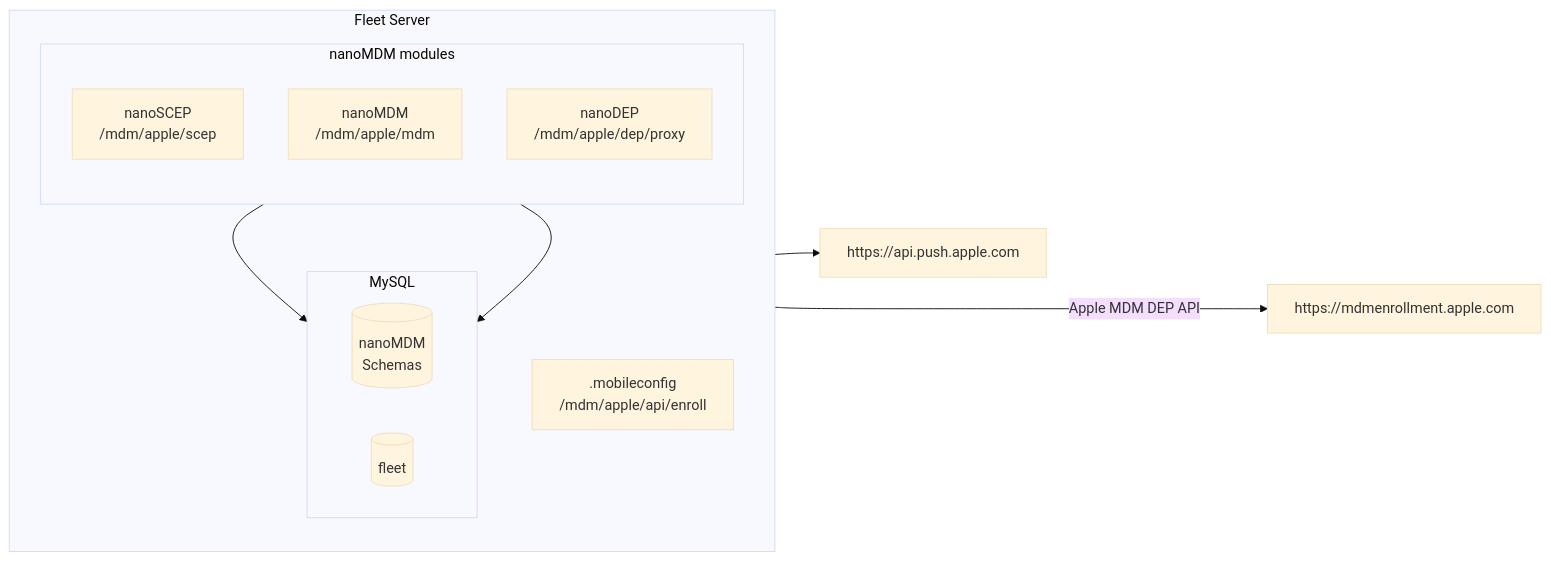
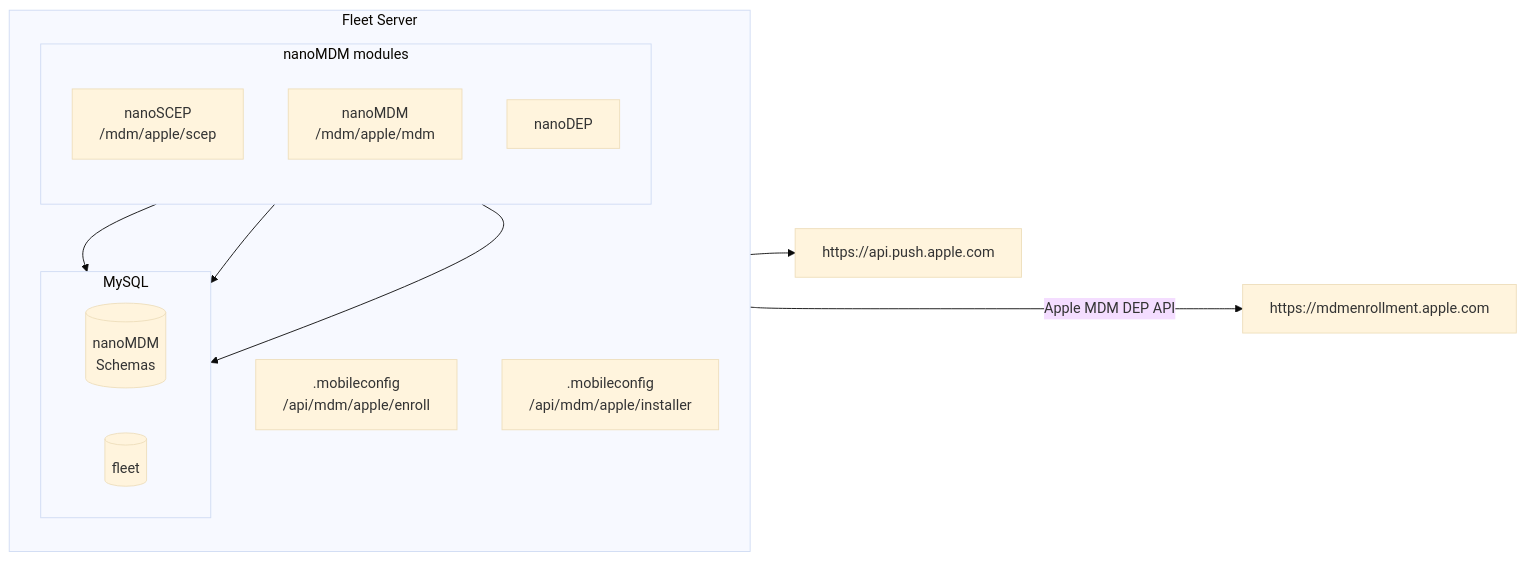
Before and after one commit to fleetdm/fleet: the diagram in tools/mdm/apple/demo.md, drawn with Mermaid (base theme). The commit also changed other lines of this file and 7 other files, not shown here.

````diff
--- a/tools/mdm/apple/demo.md
+++ b/tools/mdm/apple/demo.md
@@ -5,29 +5,31 @@
 ```mermaid
 flowchart LR
 
 subgraph Fleet [Fleet Server]
 
     direction TB;
 
-    enroll[".mobileconfig<br>/mdm/apple/api/enroll"];
+    enroll[".mobileconfig<br>/api/mdm/apple/enroll"];
+    installer[".mobileconfig<br>/api/mdm/apple/installer"];
     subgraph nanoMDMModules ["nanoMDM modules"]
         direction TB;
         nanoSCEP["nanoSCEP<br>/mdm/apple/scep"];
         nanoMDM["nanoMDM<br>/mdm/apple/mdm"];
-        nanoDEP["nanoDEP<br>/mdm/apple/dep/proxy"];
+        nanoDEP["nanoDEP"];
     end
     subgraph MySQL
         direction LR;
         mdmAppleDB[(nanoMDM<br>Schemas)];
         fleetDB[(fleet)];
     end
 end
 
 ApplePush[https://api.push.apple.com];
 AppleDEP[https://mdmenrollment.apple.com];
 nanoDEP -- Apple MDM DEP API ----> AppleDEP;
 nanoMDM --> ApplePush;
 
+nanoSCEP --> mdmAppleDB
 nanoDEP --> mdmAppleDB;
 nanoMDM --> mdmAppleDB;
 ```
````
